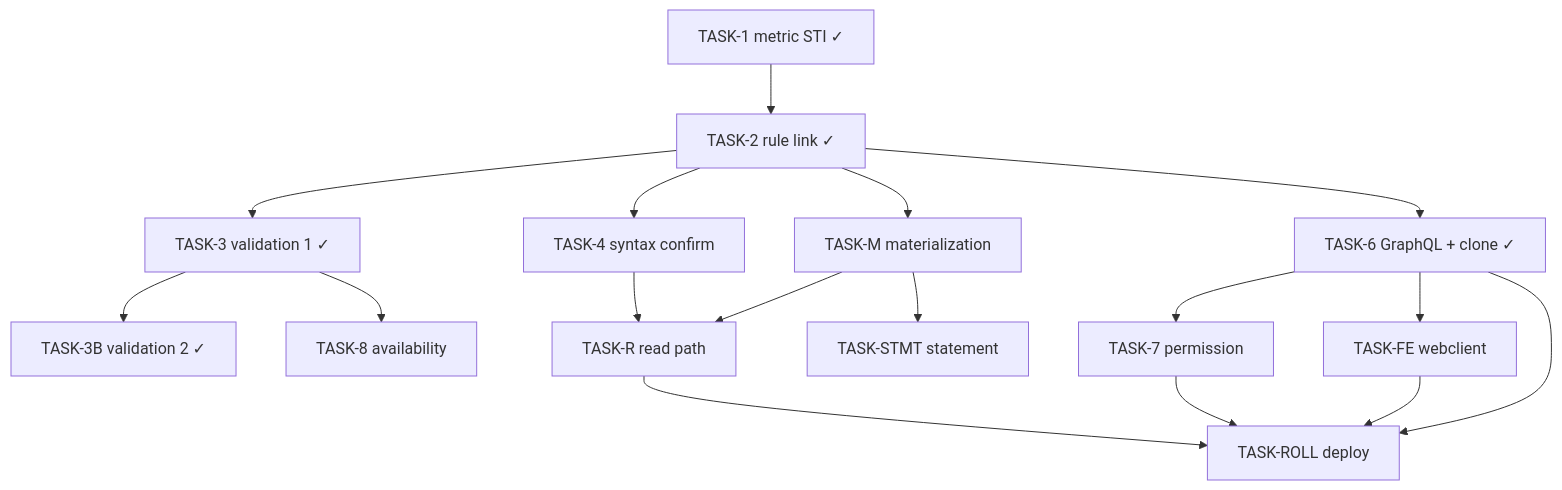
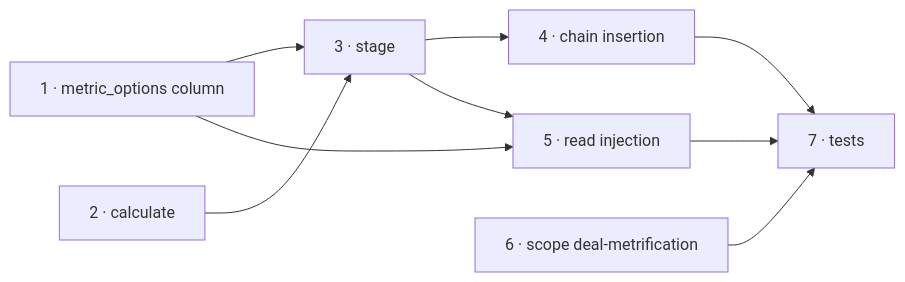
Before and after one commit to plribeiro3000/dot-claude-plans: the diagram in active/app/output-variables/TASKS.md, drawn with Mermaid. The commit also changed other lines of this file and 10 other files, not shown here.

````diff
--- a/active/app/output-variables/TASKS.md
+++ b/active/app/output-variables/TASKS.md
@@ -232,19 +167,11 @@
 ```mermaid
-graph TD
-  T1[TASK-1 metric STI ✓] --> T2[TASK-2 rule link ✓]
-  T2 --> T3[TASK-3 validation 1 ✓]
-  T3 --> T3B[TASK-3B validation 2 ✓]
-  T2 --> T4[TASK-4 syntax confirm]
-  T2 --> TM[TASK-M materialization]
-  TM --> TR[TASK-R read path]
-  T4 --> TR
-  T2 --> T6[TASK-6 GraphQL + clone ✓]
-  T6 --> T7[TASK-7 permission]
-  T6 --> TFE[TASK-FE webclient]
-  T3 --> T8[TASK-8 availability]
-  TM --> TSTMT[TASK-STMT statement]
-  TR --> TROLL[TASK-ROLL deploy]
-  T6 --> TROLL
-  T7 --> TROLL
-  TFE --> TROLL
+graph LR
+  T1[1 · metric_options column] --> T3[3 · stage]
+  T2[2 · calculate] --> T3
+  T3 --> T4[4 · chain insertion]
+  T1 --> T5[5 · read injection]
+  T3 --> T5
+  T4 --> T7[7 · tests]
+  T5 --> T7
+  T6[6 · scope deal-metrification] --> T7
 ```
````
